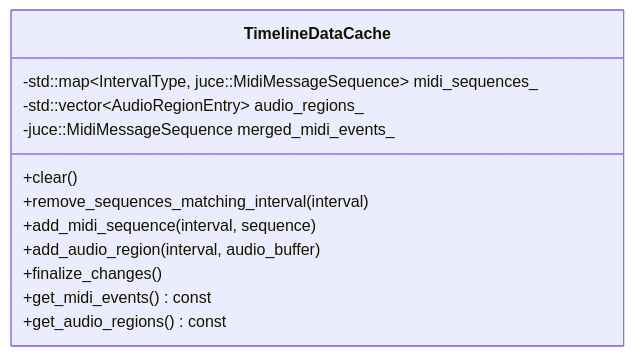
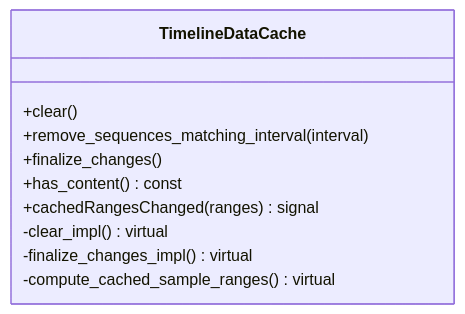
One commit to zrythm/zrythm changed the second of 7 diagrams in doc/dev/playback_cache_architecture.md. Above: the diagram before and after it, drawn with Mermaid. The commit also changed other lines of this file, not shown here.

First line of the commit message:
doc/playback-cache: update architecture documentation

````diff
--- a/doc/dev/playback_cache_architecture.md
+++ b/doc/dev/playback_cache_architecture.md
@@ -76,15 +77,13 @@
 ```mermaid
 classDiagram
     class TimelineDataCache {
         +clear()
         +remove_sequences_matching_interval(interval)
-        +add_midi_sequence(interval, sequence)
-        +add_audio_region(interval, audio_buffer)
         +finalize_changes()
-        +get_midi_events() const
-        +get_audio_regions() const
-        -std::map~IntervalType, juce::MidiMessageSequence~ midi_sequences_
-        -std::vector~AudioRegionEntry~ audio_regions_
-        -juce::MidiMessageSequence merged_midi_events_
+        +has_content() const
+        +cachedRangesChanged(ranges) signal
+        -clear_impl() virtual
+        -finalize_changes_impl() virtual
+        -compute_cached_sample_ranges() virtual
     }
 ```
````
